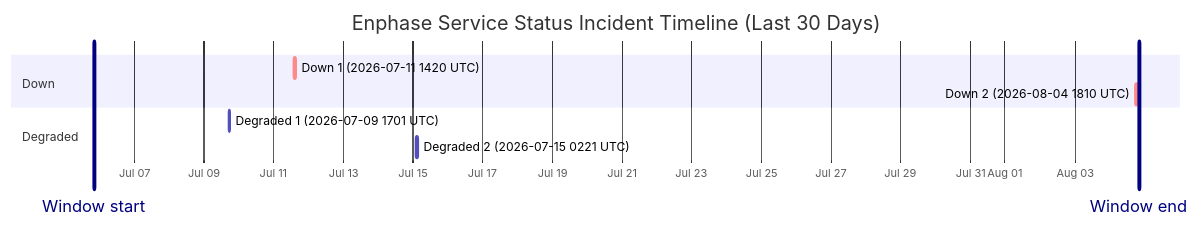
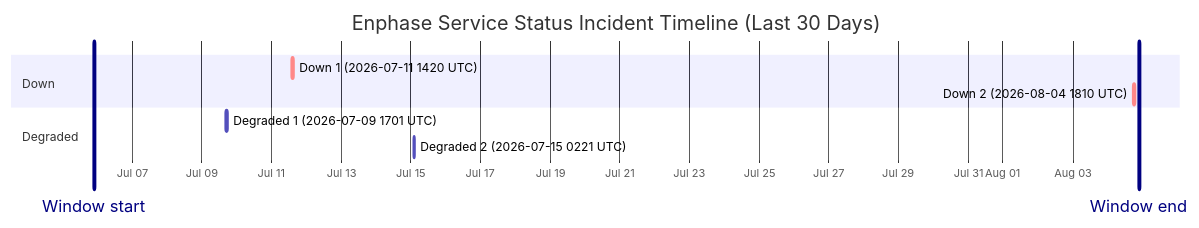
The diagram in wiki/Service-Status-History.md (barneyonline/ha-enphase-energy), drawn with Mermaid before and after one commit. The commit also changed other lines of this file and 3 other files, not shown here.

````diff
--- a/wiki/Service-Status-History.md
+++ b/wiki/Service-Status-History.md
@@ -14,14 +14,14 @@
 ```mermaid
 gantt
     title Enphase Service Status Incident Timeline (Last 30 Days)
     dateFormat  YYYY-MM-DDTHH:mm:ss
     axisFormat  %b %d
-    Window start :vert, window-start, 2026-07-05T20:08:24, 0ms
-    Window end :vert, window-end, 2026-08-04T20:08:24, 0ms
+    Window start :vert, window-start, 2026-07-05T21:47:46, 0ms
+    Window end :vert, window-end, 2026-08-04T21:47:46, 0ms
     section Down
     Down 1 (2026-07-11 1420 UTC) :crit, down-1, 2026-07-11T14:20:54, 69m
     Down 2 (2026-08-04 1810 UTC) :crit, down-2, 2026-08-04T18:10:46, 60m
     section Degraded
     Degraded 1 (2026-07-09 1701 UTC) :active, degraded-1, 2026-07-09T17:01:02, 60m
     Degraded 2 (2026-07-15 0221 UTC) :active, degraded-2, 2026-07-15T02:21:35, 60m
 ```
````
